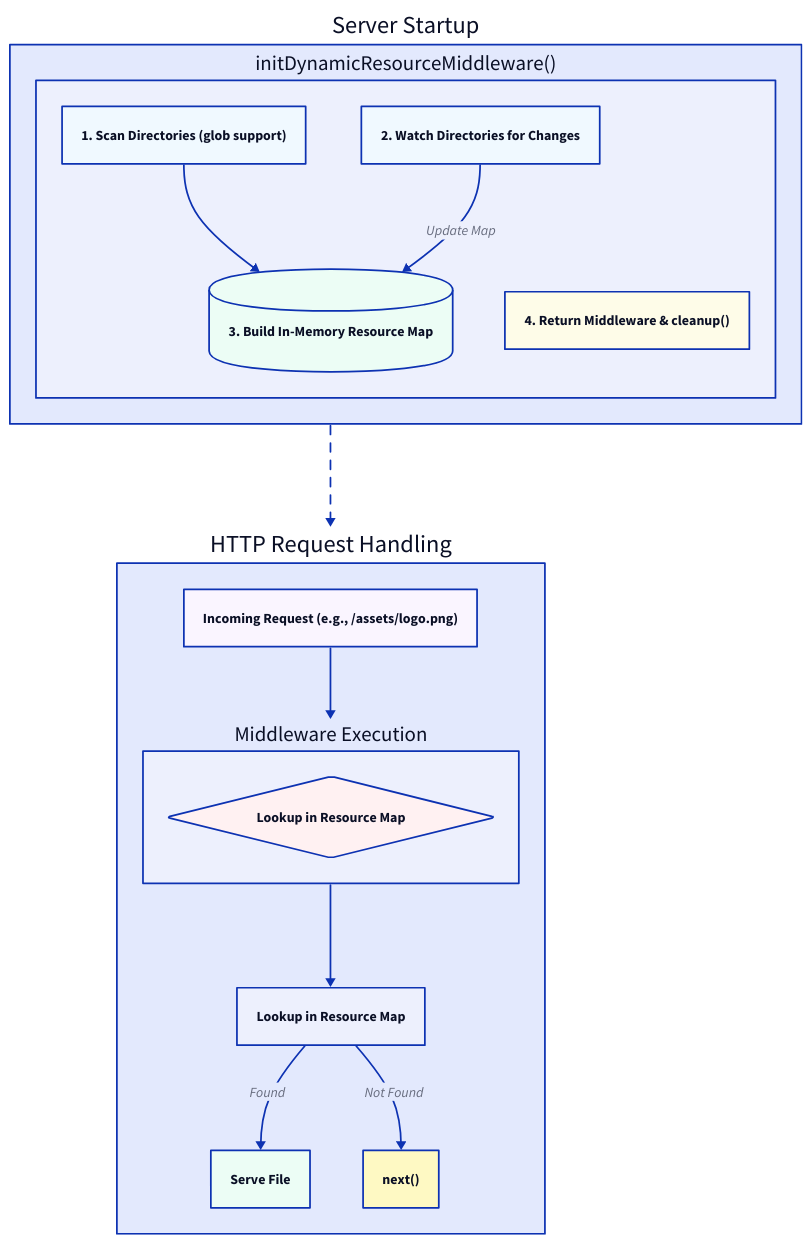
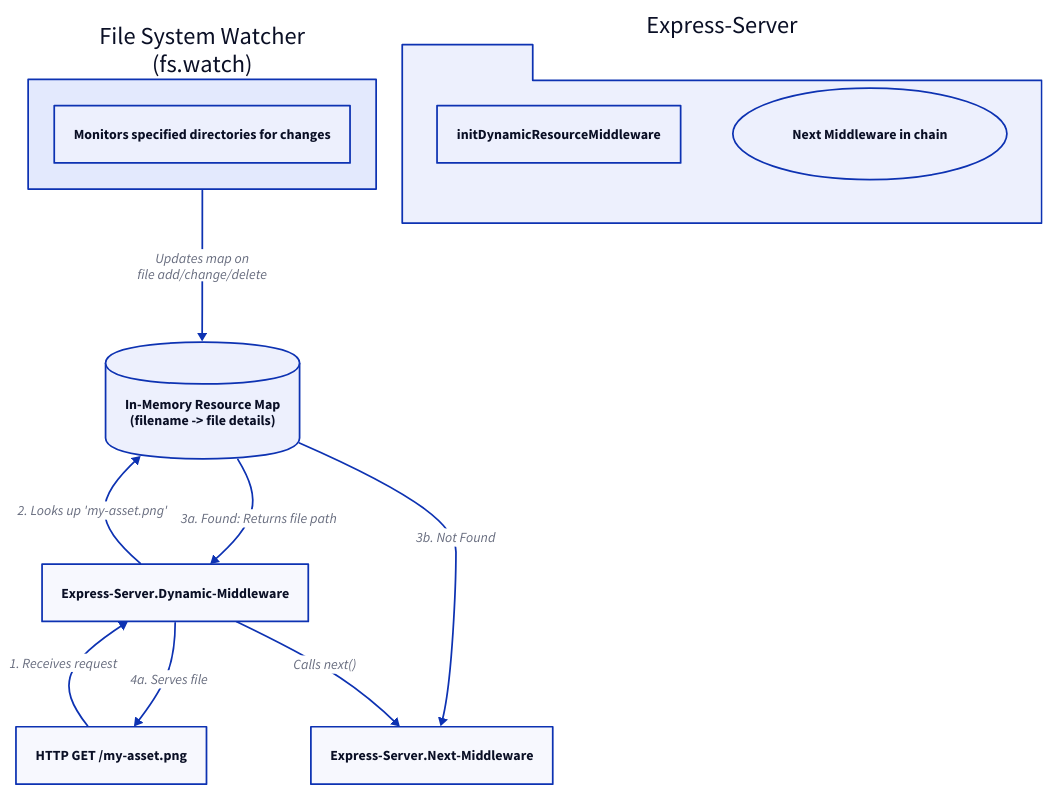
One commit to blocklet/media-kit changed the diagram in .aigne/doc-smith/docs/api-reference-uploader-server-dynamic-resource.md. Above: the diagram before and after it, drawn with D2. The commit also changed other lines of this file and 26 other files, not shown here.

````diff
--- a/.aigne/doc-smith/docs/api-reference-uploader-server-dynamic-resource.md
+++ b/.aigne/doc-smith/docs/api-reference-uploader-server-dynamic-resource.md
@@ -7,65 +7,43 @@
 ```d2
 direction: down
 
-"Server Startup": {
-  "initDynamicResourceMiddleware()": {
-    "1. Scan Directories (glob support)": {
-      style: {
-        fill: "#f0f9ff"
-      }
-    }
-    "2. Watch Directories for Changes": {
-      style: {
-        fill: "#f0f9ff"
-      }
-    }
-    "3. Build In-Memory Resource Map": {
-      shape: cylinder
-      style: {
-        fill: "#ecfdf5"
-      }
-    }
-    "4. Return Middleware & cleanup()": {
-      style: {
-        fill: "#fefce8"
-      }
-    }
+"File-System-Watcher": {
+  shape: rectangle
+  label: "File System Watcher\n(fs.watch)"
+  "Monitors specified directories for changes"
+}
 
-    "1. Scan Directories (glob support)" -> "3. Build In-Memory Resource Map"
-    "2. Watch Directories for Changes" -> "3. Build In-Memory Resource Map": "Update Map"
+"Dynamic-Resource-Map": {
+  label: "In-Memory Resource Map\n(filename -> file details)"
+  shape: cylinder
+}
+
+"File-System-Watcher" -> "Dynamic-Resource-Map": "Updates map on\nfile add/change/delete"
+
+"Client-Request": {
+  label: "HTTP GET /my-asset.png"
+  shape: rectangle
+}
+
+"Express-Server": {
+  shape: package
+
+  "Dynamic-Middleware": {
+    label: "initDynamicResourceMiddleware"
+    shape: rectangle
+  }
+
+  "Next-Middleware": {
+    label: "Next Middleware in chain"
+    shape: oval
   }
 }
 
-"HTTP Request Handling": {
-  "Incoming Request (e.g., /assets/logo.png)": {
-    style: {
-      fill: "#faf5ff"
-    }
-  }
-  "Middleware Execution": {
-    "Lookup in Resource Map": {
-      shape: diamond
-      style: {
-        fill: "#fff1f2"
-      }
-    }
-  }
-  "Serve File": {
-    style: {
-      fill: "#ecfdf5"
-    }
-  }
-  "next()": {
-    style: {
-      fill: "#fef9c3"
-    }
-  }
+"Client-Request" -> "Express-Server.Dynamic-Middleware": "1. Receives request"
+"Express-Server.Dynamic-Middleware" -> "Dynamic-Resource-Map": "2. Looks up 'my-asset.png'"
+"Dynamic-Resource-Map" -> "Express-Server.Dynamic-Middleware": "3a. Found: Returns file path"
+"Express-Server.Dynamic-Middleware" -> "Client-Request": "4a. Serves file"
 
-  "Incoming Request (e.g., /assets/logo.png)" -> "Middleware Execution"
-  "Middleware Execution" -> "Lookup in Resource Map"
-  "Lookup in Resource Map" -> "Serve File": "Found"
-  "Lookup in Resource Map" -> "next()": "Not Found"
-}
-
-"Server Startup" -> "HTTP Request Handling": { style.animated: true }
+"Dynamic-Resource-Map" -> "Express-Server.Next-Middleware": "3b. Not Found"
+"Express-Server.Dynamic-Middleware" -> "Express-Server.Next-Middleware": "Calls next()"
 ```
````
